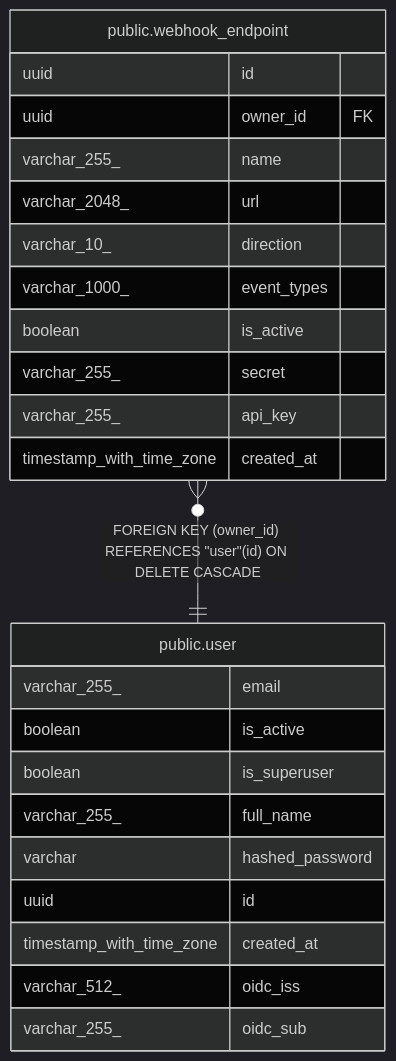
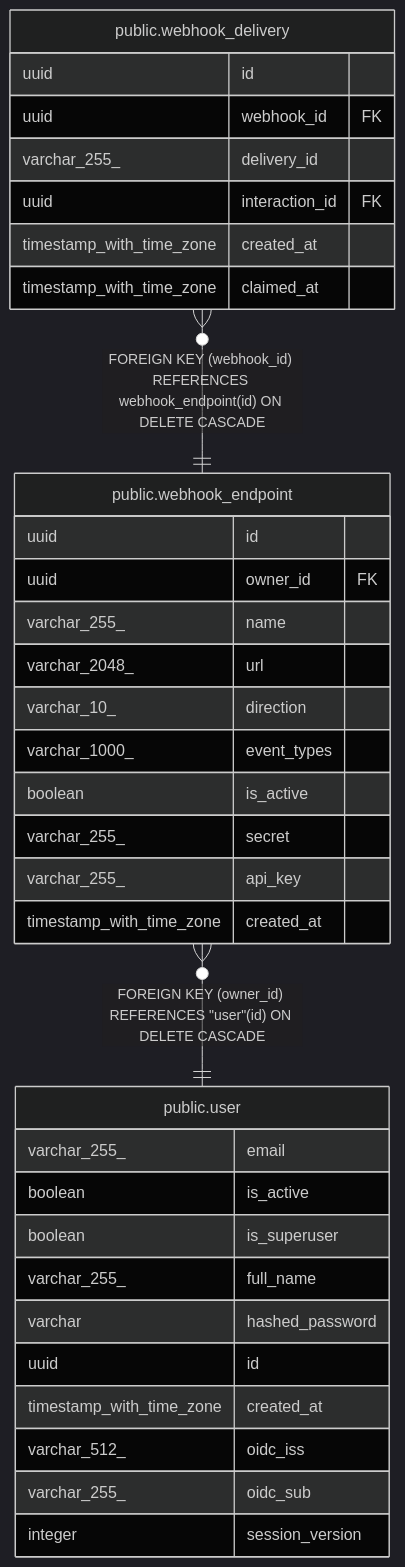
Before and after one commit to pike00/Kindred: the diagram in docs/db/public.webhook_endpoint.md, drawn with Mermaid (dark theme). The commit also changed other lines of this file and 1036 other files, not shown here.

````diff
--- a/docs/db/public.webhook_endpoint.md
+++ b/docs/db/public.webhook_endpoint.md
@@ -46,29 +46,39 @@
 ```mermaid
 erDiagram
 
+"public.webhook_delivery" }o--|| "public.webhook_endpoint" : "FOREIGN KEY (webhook_id) REFERENCES webhook_endpoint(id) ON DELETE CASCADE"
 "public.webhook_endpoint" }o--|| "public.user" : "FOREIGN KEY (owner_id) REFERENCES #quot;user#quot;(id) ON DELETE CASCADE"
 
 "public.webhook_endpoint" {
   uuid id
   uuid owner_id FK
   varchar_255_ name
   varchar_2048_ url
   varchar_10_ direction
   varchar_1000_ event_types
   boolean is_active
   varchar_255_ secret
   varchar_255_ api_key
   timestamp_with_time_zone created_at
 }
+"public.webhook_delivery" {
+  uuid id
+  uuid webhook_id FK
+  varchar_255_ delivery_id
+  uuid interaction_id FK
+  timestamp_with_time_zone created_at
+  timestamp_with_time_zone claimed_at
+}
 "public.user" {
   varchar_255_ email
   boolean is_active
   boolean is_superuser
   varchar_255_ full_name
   varchar hashed_password
   uuid id
   timestamp_with_time_zone created_at
   varchar_512_ oidc_iss
   varchar_255_ oidc_sub
+  integer session_version
 }
 ```
````
